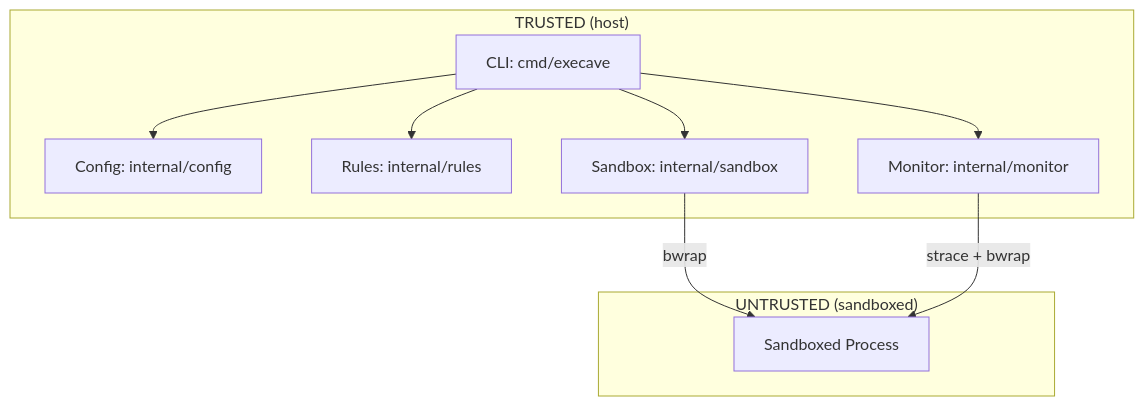
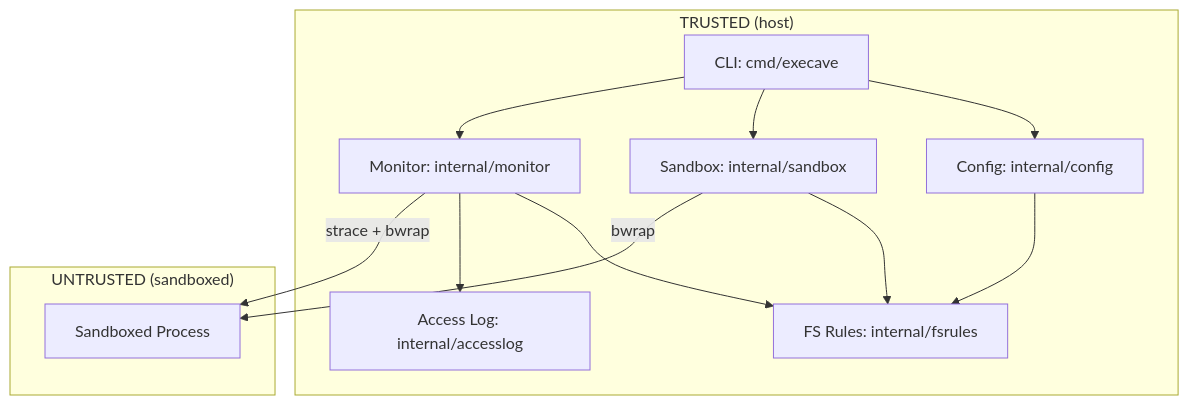
Before and after one commit to nonpop/execave: the diagram in docs/architecture.md, drawn with Mermaid. The commit also changed other lines of this file and 43 other files, not shown here.

Commit message:
refactor: extract fsrules & accesslog

````diff
--- a/docs/architecture.md
+++ b/docs/architecture.md
@@ -5,21 +5,25 @@
 ```mermaid
 flowchart TB
     subgraph Trusted["TRUSTED (host)"]
         CLI[CLI: cmd/execave]
         Config[Config: internal/config]
-        Rules[Rules: internal/rules]
+        FSRules[FS Rules: internal/fsrules]
+        AccessLog[Access Log: internal/accesslog]
         Sandbox[Sandbox: internal/sandbox]
         Monitor[Monitor: internal/monitor]
     end
 
     subgraph Untrusted["UNTRUSTED (sandboxed)"]
         Process[Sandboxed Process]
     end
 
     CLI --> Config
-    CLI --> Rules
     CLI --> Sandbox
     CLI --> Monitor
+    Config --> FSRules
+    Monitor --> FSRules
+    Monitor --> AccessLog
+    Sandbox --> FSRules
     Sandbox -->|bwrap| Process
     Monitor -->|strace + bwrap| Process
 ```
````
